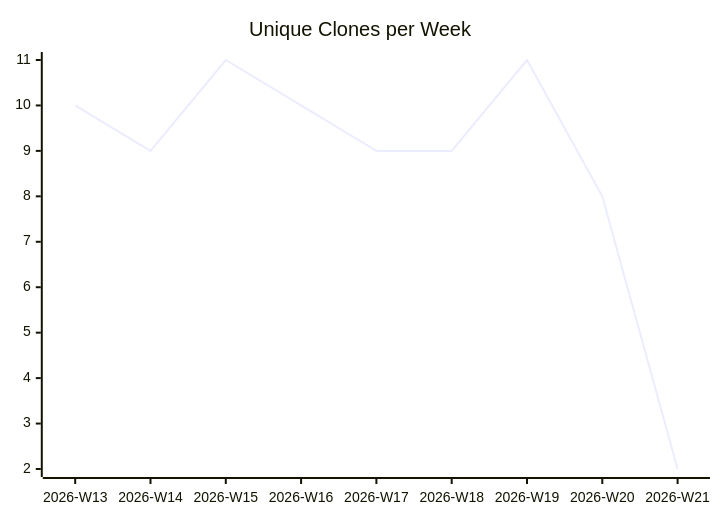
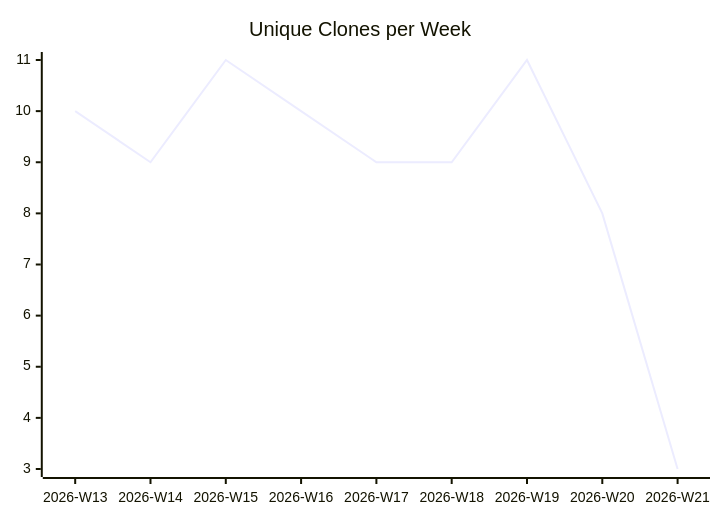
Before and after one commit to justdavis-family/github-analytics-data: the third of 3 diagrams in karlmdavis/usgs-water-api-java/README.md, drawn with Mermaid. The commit also changed other lines of this file and 187 other files, not shown here.

````diff
--- a/karlmdavis/usgs-water-api-java/README.md
+++ b/karlmdavis/usgs-water-api-java/README.md
@@ -19,6 +19,6 @@
 ```mermaid
 xychart-beta
   title "Unique Clones per Week"
   x-axis ["2026-W13", "2026-W14", "2026-W15", "2026-W16", "2026-W17", "2026-W18", "2026-W19", "2026-W20", "2026-W21"]
-  line [10, 9, 11, 10, 9, 9, 11, 8, 2]
+  line [10, 9, 11, 10, 9, 9, 11, 8, 3]
 ```
````
